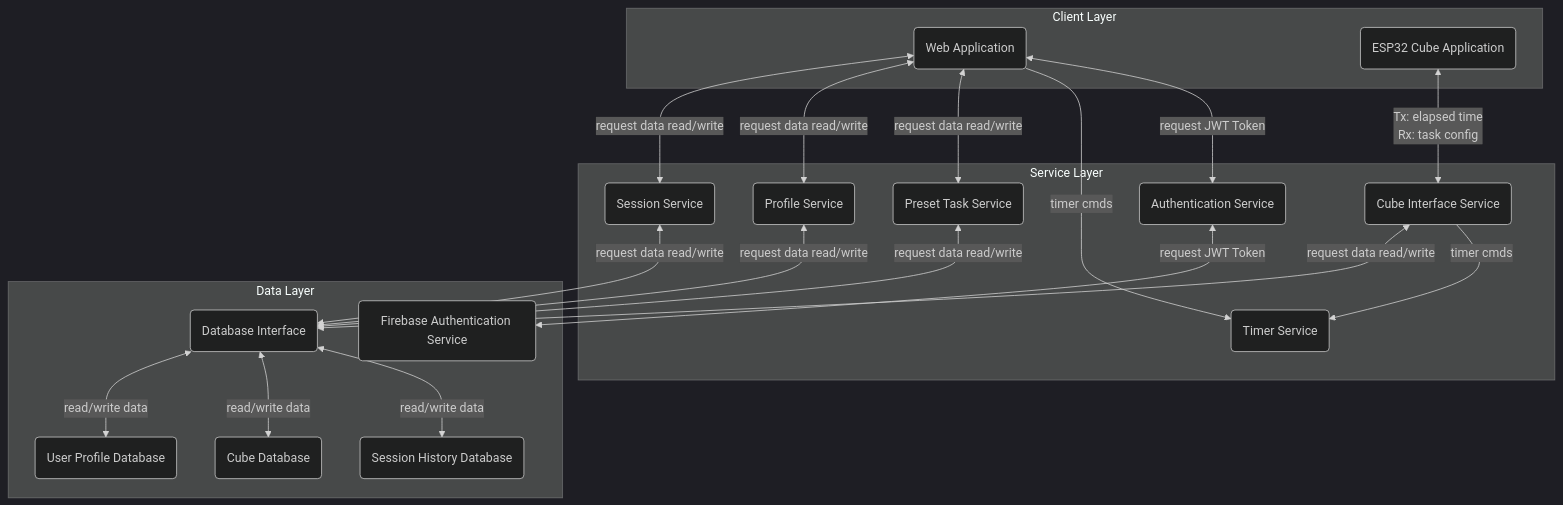
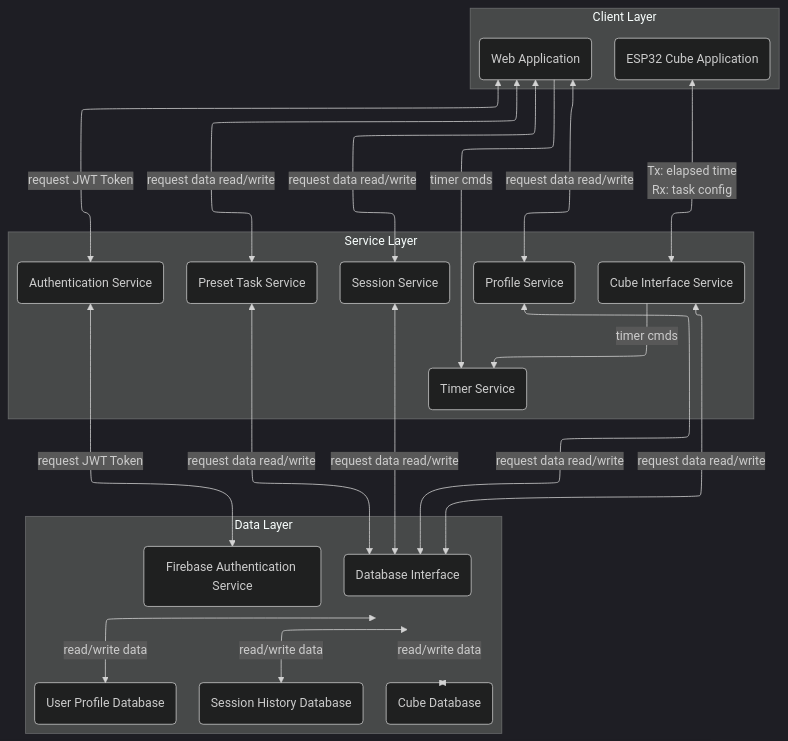
One commit to SashaRS2140/7855_202610_03-deploy changed the diagram in README.md. Above: the diagram before and after it, drawn with Mermaid (dark theme).

Commit message:
testing architecture diagram presentation fix

````diff
--- a/README.md
+++ b/README.md
@@ -118,45 +118,46 @@
 ```mermaid
-flowchart TD
+%%{init: {"flowchart": {"defaultRenderer": "elk"}}}%%
+flowchart-elk TD
+
     subgraph Client Layer
         A(Web Application)
         B(ESP32 Cube Application)
     end
 
     subgraph Service Layer
         E(Session Service)
         H(Authentication Service)
         I(Cube Interface Service)
         J(Profile Service)
         K(Timer Service)
         L(Preset Task Service)
     end
 
     subgraph Data Layer
         F(Database Interface)
         G(User Profile Database)
         M(Cube Database)
         N(Session History Database)
         O(Firebase Authentication Service)
     end
 
     B <-->|Tx: elapsed time
            Rx: task config| I
     A <-->|request data read/write| E
     A <-->|request data read/write| J
     A <-->|request data read/write| L
     A  -->|timer cmds| K
     A <-->|request JWT Token| H
 
     E <-->|request data read/write| F
     I <-->|request data read/write| F
     I  -->|timer cmds| K
     J <-->|request data read/write| F
     L <-->|request data read/write| F
+    
 
     H <-->|request JWT Token| O
     F <-->|read/write data| G
     F <-->|read/write data| M
     F <-->|read/write data| N
-    
-
 ```
````
